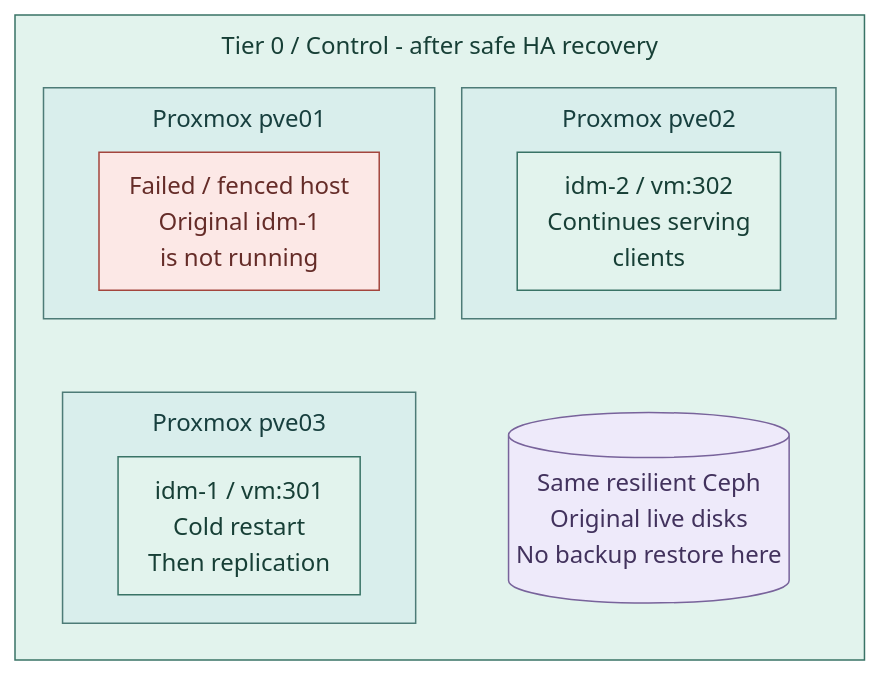
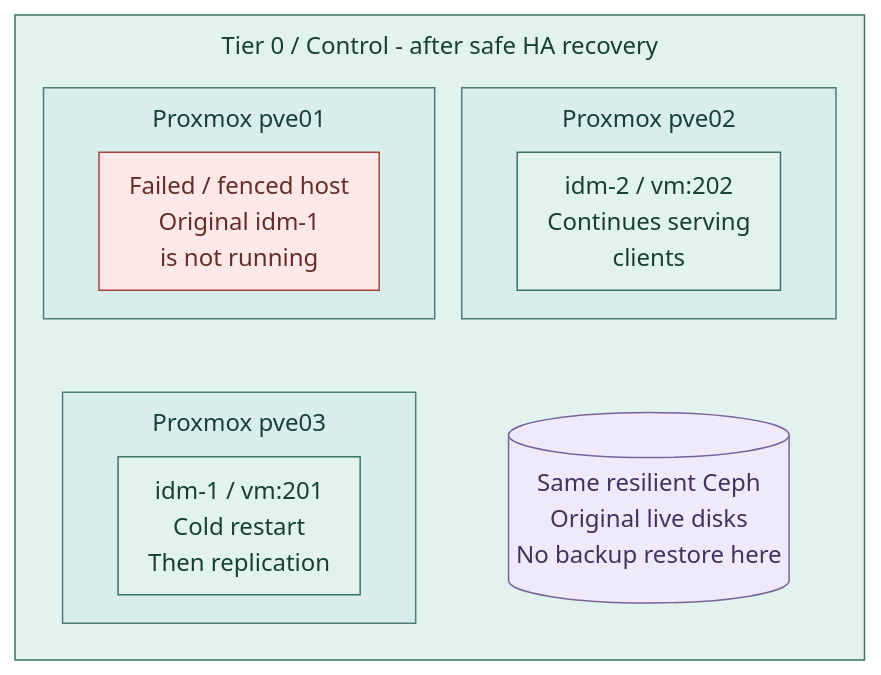
The second of 2 diagrams in docs/deployment/foundation/proxmox/failover.md (Rexus/homelab), drawn with Mermaid before and after one commit. The commit also changed other lines of this file and 186 other files, not shown here.

````diff
--- a/docs/deployment/foundation/proxmox/failover.md
+++ b/docs/deployment/foundation/proxmox/failover.md
@@ -75,28 +75,28 @@
 ```mermaid
 %%{init: {"theme":"base","flowchart":{"nodeSpacing":18,"rankSpacing":24,"padding":10,"subGraphTitleMargin":{"top":8,"bottom":16}},"themeVariables":{"lineColor":"#627581","edgeLabelBackground":"#f8fafc"}}}%%
 flowchart TB
   subgraph T0["Tier 0 / Control - after safe HA recovery"]
     direction TB
     subgraph P1["Proxmox pve01"]
       Failed["Failed / fenced host<br/>Original idm-1<br/>is not running"]
     end
     subgraph P2["Proxmox pve02"]
-      B["idm-2 / vm:302<br/>Continues serving<br/>clients"]
+      B["idm-2 / vm:202<br/>Continues serving<br/>clients"]
     end
     subgraph P3["Proxmox pve03"]
-      A["idm-1 / vm:301<br/>Cold restart<br/>Then replication"]
+      A["idm-1 / vm:201<br/>Cold restart<br/>Then replication"]
     end
     Storage[("Same resilient Ceph<br/>Original live disks<br/>No backup restore here")]
     P1 ~~~ P3
     P2 ~~~ Storage
   end
   classDef default fill:#f8fafc,stroke:#64748b,color:#1f2937
   classDef control fill:#e2f3ed,stroke:#397366,color:#173f36
   classDef runtime fill:#d9eeec,stroke:#4d7b77,color:#173f3e
   classDef data fill:#eeeafa,stroke:#78639b,color:#42325d
   classDef fault fill:#fce8e6,stroke:#a3453d,color:#652c28
   class T0,A,B control
   class P1,P2,P3 runtime
   class Storage data
   class Failed fault
 ```
````
